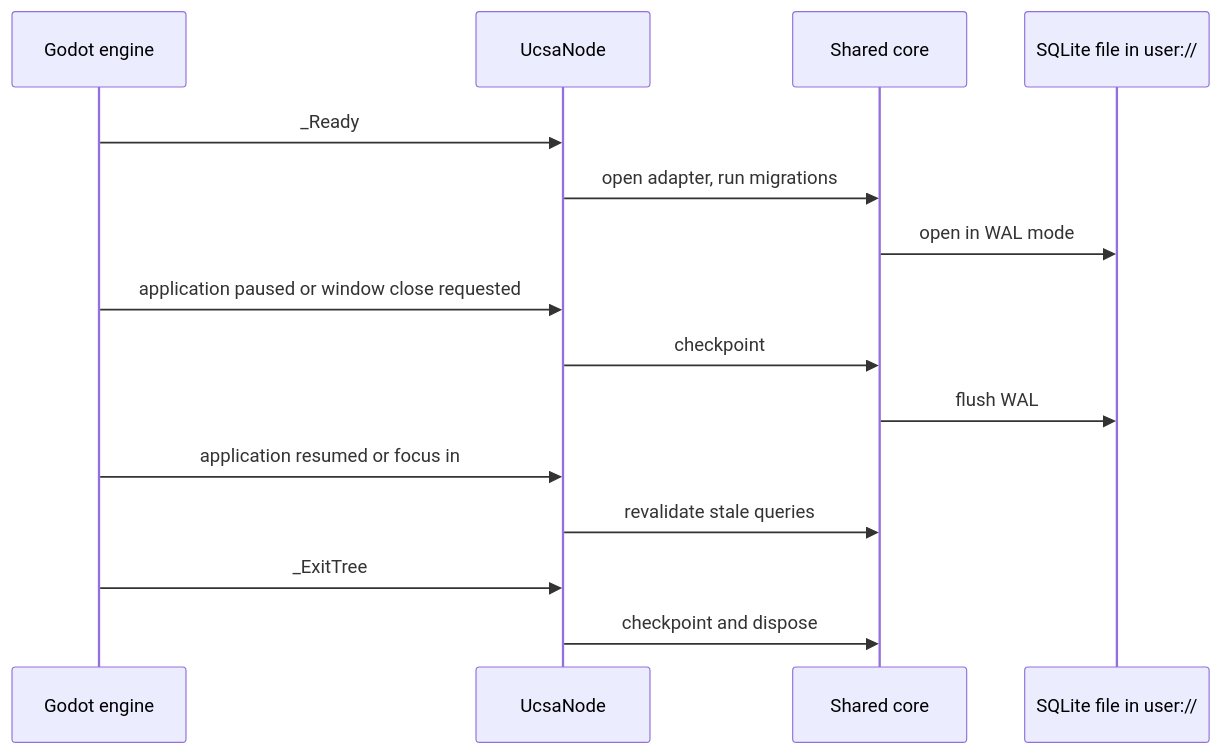
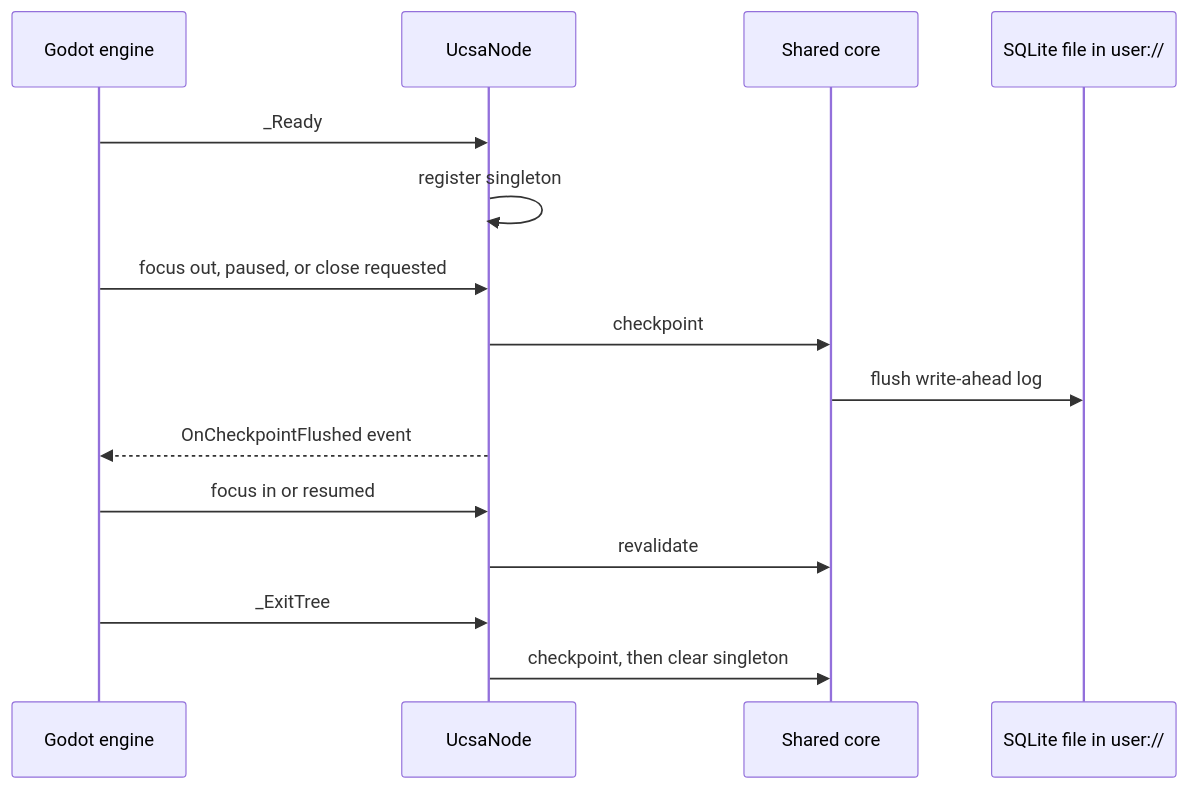
One commit to montionugera/cli-state-handler changed the second of 2 diagrams in .claude/idea_backlog/I-049-godot-engine-support-for-ucsa-client-sta/spec.md. Above: the diagram before and after it, drawn with Mermaid. The commit also changed other lines of this file, not shown here.

````diff
--- a/.claude/idea_backlog/I-049-godot-engine-support-for-ucsa-client-sta/spec.md
+++ b/.claude/idea_backlog/I-049-godot-engine-support-for-ucsa-client-sta/spec.md
@@ -91,17 +97,17 @@
 ```mermaid
 sequenceDiagram
     participant E as Godot engine
     participant N as UcsaNode
     participant K as Shared core
     participant D as SQLite file in user://
     E->>N: _Ready
-    N->>K: open adapter, run migrations
-    K->>D: open in WAL mode
-    E->>N: application paused or window close requested
+    N->>N: register singleton
+    E->>N: focus out, paused, or close requested
     N->>K: checkpoint
-    K->>D: flush WAL
-    E->>N: application resumed or focus in
-    N->>K: revalidate stale queries
+    K->>D: flush write-ahead log
+    N-->>E: OnCheckpointFlushed event
+    E->>N: focus in or resumed
+    N->>K: revalidate
     E->>N: _ExitTree
-    N->>K: checkpoint and dispose
+    N->>K: checkpoint, then clear singleton
 ```
````
